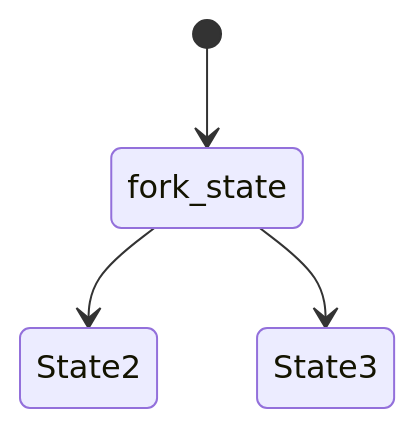
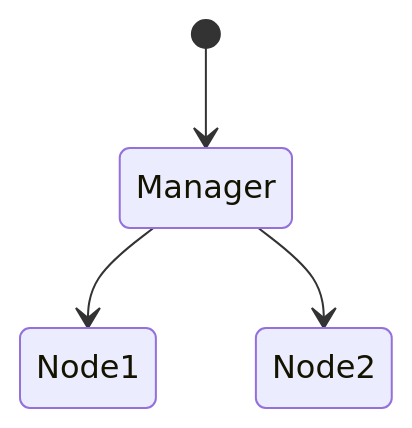
The diagram in docs/container/docker/swarm.md (cowadar/wiki), drawn with Mermaid before and after one commit.

Commit message:
docker swarm overlay network toegevoegd

````diff
--- a/docs/container/docker/swarm.md
+++ b/docs/container/docker/swarm.md
@@ -17,7 +17,7 @@
 ``` mermaid
 stateDiagram-v2
-  state fork_state manager
-    [*] --> fork_state
-    fork_state --> State2
-    fork_state --> State3
+  state fork_state <<manager>>
+    [*] --> Manager
+    Manager --> Node1
+    Manager --> Node2
 ```
````
